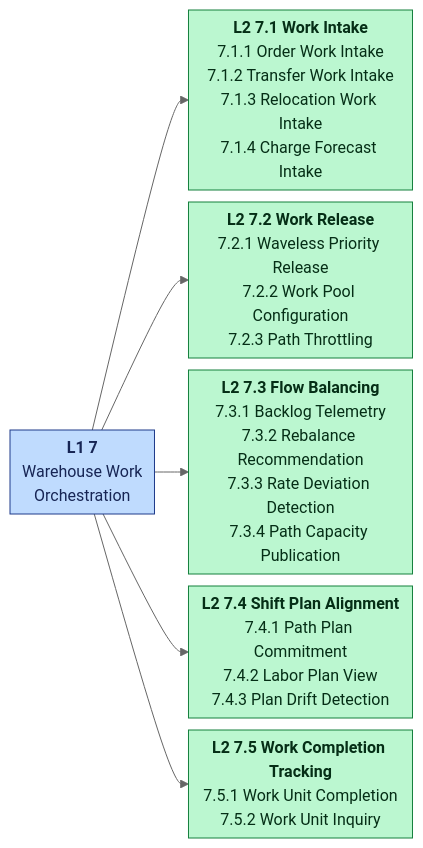
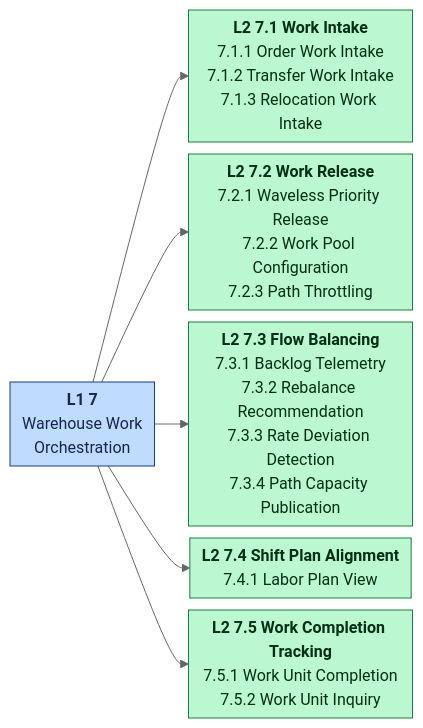
One commit to IQVO/warehouse-docs changed the eighth of 15 diagrams in docs/business-capability-architecture/capability-map.md. Above: the diagram before and after it, drawn with Mermaid (neutral theme). The commit also changed other lines of this file and 4 other files, not shown here.

````diff
--- a/docs/business-capability-architecture/capability-map.md
+++ b/docs/business-capability-architecture/capability-map.md
@@ -360,32 +360,32 @@
 ```mermaid
 %%{init: {"flowchart": {"nodeSpacing": 12, "rankSpacing": 34, "padding": 6}}}%%
 flowchart LR
     L1["<b>L1 7</b><br/>Warehouse Work<br/>Orchestration"]
-    N7_1["<b>L2 7.1 Work Intake</b><br/>7.1.1 Order Work Intake<br/>7.1.2 Transfer Work Intake<br/>7.1.3 Relocation Work Intake<br/>7.1.4 Charge Forecast Intake"]
+    N7_1["<b>L2 7.1 Work Intake</b><br/>7.1.1 Order Work Intake<br/>7.1.2 Transfer Work Intake<br/>7.1.3 Relocation Work Intake"]
     L1 --> N7_1
     class N7_1 impl
     N7_2["<b>L2 7.2 Work Release</b><br/>7.2.1 Waveless Priority Release<br/>7.2.2 Work Pool Configuration<br/>7.2.3 Path Throttling"]
     L1 --> N7_2
     class N7_2 impl
     N7_3["<b>L2 7.3 Flow Balancing</b><br/>7.3.1 Backlog Telemetry<br/>7.3.2 Rebalance Recommendation<br/>7.3.3 Rate Deviation Detection<br/>7.3.4 Path Capacity Publication"]
     L1 --> N7_3
     class N7_3 impl
-    N7_4["<b>L2 7.4 Shift Plan Alignment</b><br/>7.4.1 Path Plan Commitment<br/>7.4.2 Labor Plan View<br/>7.4.3 Plan Drift Detection"]
+    N7_4["<b>L2 7.4 Shift Plan Alignment</b><br/>7.4.1 Labor Plan View"]
     L1 --> N7_4
     class N7_4 impl
     N7_5["<b>L2 7.5 Work Completion Tracking</b><br/>7.5.1 Work Unit Completion<br/>7.5.2 Work Unit Inquiry"]
     L1 --> N7_5
     class N7_5 impl
     class L1 core
     classDef strategic fill:#fde68a,stroke:#92400e,color:#451a03
     classDef core fill:#bfdbfe,stroke:#1e3a8a,color:#172554
     classDef supporting fill:#ccfbf1,stroke:#0f766e,color:#042f2e
     classDef impl fill:#bbf7d0,stroke:#15803d,color:#052e16
     classDef partial fill:#fef08a,stroke:#a16207,color:#422006
     classDef gap fill:#fae8ff,stroke:#86198f,color:#4a044e,stroke-dasharray: 4 3
     classDef dddcore fill:#1e3a8a,stroke:#172554,color:#ffffff
     classDef dddsupporting fill:#0f766e,stroke:#042f2e,color:#ffffff
     classDef dddgeneric fill:#475569,stroke:#1e293b,color:#ffffff
     classDef dddmixed fill:#e2e8f0,stroke:#475569,color:#0f172a
     classDef stage fill:#f1f5f9,stroke:#334155,color:#0f172a
 ```
````
